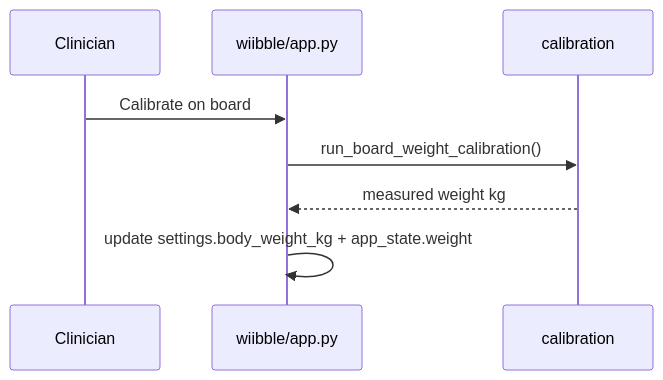
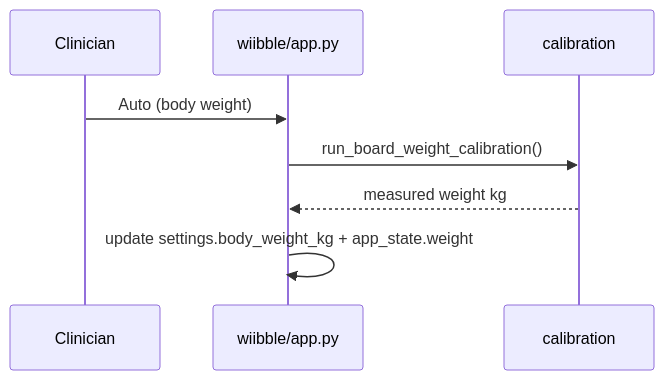
Before and after one commit to NeuroRehack/WIIBBLE: the fourth of 7 diagrams in Docs/ARCHITECTURE.md, drawn with Mermaid. The commit also changed other lines of this file and 14 other files, not shown here.

````diff
--- a/Docs/ARCHITECTURE.md
+++ b/Docs/ARCHITECTURE.md
@@ -109,11 +109,11 @@
 ```mermaid
 sequenceDiagram
     participant cli as Clinician
     participant app as wiibble/app.py
     participant calib as calibration
 
-    cli->>app: Calibrate on board
+    cli->>app: Auto (body weight)
     app->>calib: run_board_weight_calibration()
     calib-->>app: measured weight kg
     app->>app: update settings.body_weight_kg + app_state.weight
 ```
````
